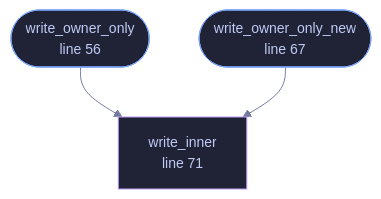
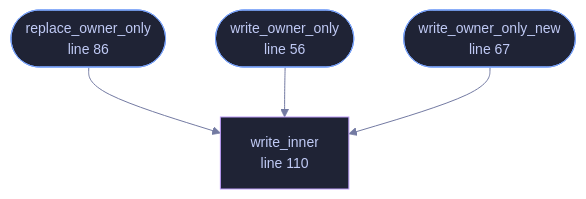
The diagram in docs/files/veilvoice-crypto/privatefile.md (tilas01/veilvoice), drawn with Mermaid before and after one commit. The commit also changed other lines of this file and 58 other files, not shown here.

````diff
--- a/docs/files/veilvoice-crypto/privatefile.md
+++ b/docs/files/veilvoice-crypto/privatefile.md
@@ -100,16 +102,19 @@
 ```mermaid
 %%{init: {"theme":"base","themeVariables":{"background":"#1a1b26","primaryColor":"#1f2335","primaryTextColor":"#c0caf5","primaryBorderColor":"#7aa2f7","secondaryColor":"#16161e","tertiaryColor":"#16161e","lineColor":"#737aa2","textColor":"#c0caf5","mainBkg":"#1f2335","nodeBorder":"#7aa2f7","clusterBkg":"#16161e","clusterBorder":"#2f3549","fontFamily":"ui-monospace, SFMono-Regular, Consolas, monospace","fontSize":"14px"}}}%%
 flowchart TD
     n_write_owner_only(["write_owner_only<br/>line 56"])
     n_write_owner_only_new(["write_owner_only_new<br/>line 67"])
-    n_write_inner["write_inner<br/>line 71"]
+    n_replace_owner_only(["replace_owner_only<br/>line 86"])
+    n_write_inner["write_inner<br/>line 110"]
+    n_replace_owner_only --> n_write_inner
     n_write_owner_only --> n_write_inner
     n_write_owner_only_new --> n_write_inner
     click n_write_owner_only href "https://github.com/tilas01/veilvoice/blob/main/crates/veilvoice-crypto/src/privatefile.rs#L56" "open the source"
     click n_write_owner_only_new href "https://github.com/tilas01/veilvoice/blob/main/crates/veilvoice-crypto/src/privatefile.rs#L67" "open the source"
-    click n_write_inner href "https://github.com/tilas01/veilvoice/blob/main/crates/veilvoice-crypto/src/privatefile.rs#L71" "open the source"
+    click n_replace_owner_only href "https://github.com/tilas01/veilvoice/blob/main/crates/veilvoice-crypto/src/privatefile.rs#L86" "open the source"
+    click n_write_inner href "https://github.com/tilas01/veilvoice/blob/main/crates/veilvoice-crypto/src/privatefile.rs#L110" "open the source"
     classDef entry fill:#1f2335,stroke:#7aa2f7,color:#c0caf5
-    class n_write_owner_only,n_write_owner_only_new entry
+    class n_write_owner_only,n_write_owner_only_new,n_replace_owner_only entry
     classDef helper fill:#1f2335,stroke:#bb9af7,color:#c0caf5
     class n_write_inner helper
 ```
````
